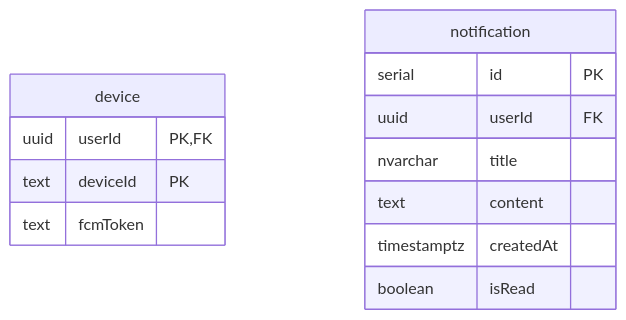
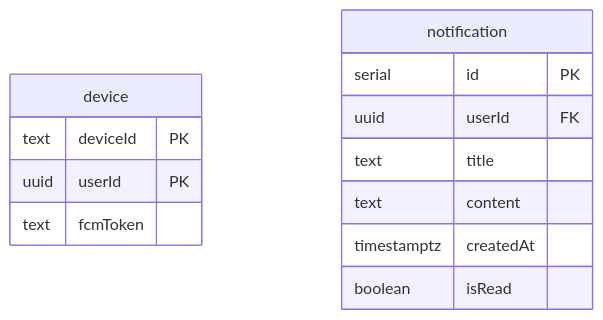
Before and after one commit to coinhub-uit/coinhub-uit.github.io: the first of 2 diagrams in docs/diagrams/database/ticket-withdrawn-and-maturation.md, drawn with Mermaid. The commit also changed other lines of this file and 4 other files, not shown here.

````diff
--- a/docs/diagrams/database/ticket-withdrawn-and-maturation.md
+++ b/docs/diagrams/database/ticket-withdrawn-and-maturation.md
@@ -17,17 +17,17 @@
 ```mermaid
 erDiagram
   device {
-    uuid userId PK,FK
     text deviceId PK
+    uuid userId PK
     text fcmToken
   }
 
   notification {
     serial id PK
     uuid userId FK
-    nvarchar title
+    text title
     text content
     timestamptz createdAt
     boolean isRead
   }
 ```
````
